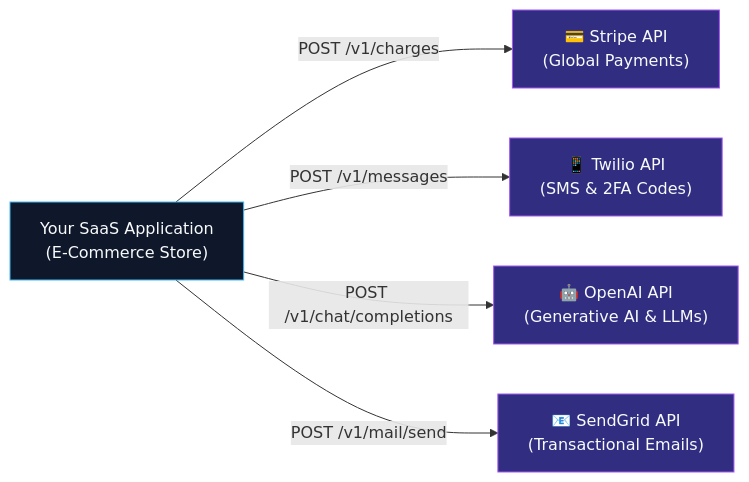
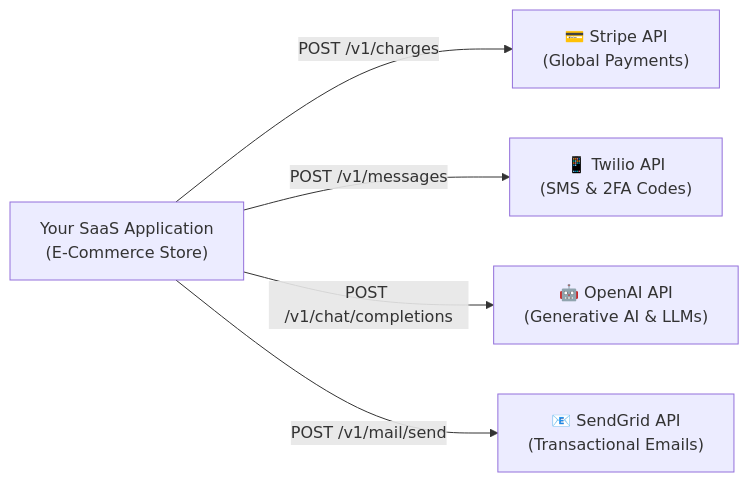
One commit to AkmKawser/System-Design changed the sixth of 50 diagrams in topics/0.FUNDAMENTALS/API Architecture and Design/output/Note_version-1_API_Architecture_and_Design/API_Architecture_and_Design.md. Above: the diagram before and after it, drawn with Mermaid. The commit also changed other lines of this file and 6 other files, not shown here.

Commit message:
fix(diagrams): remove dark fills and rects to ensure full visibility on GitHub light theme

````diff
--- a/topics/0.FUNDAMENTALS/API Architecture and Design/output/Note_version-1_API_Architecture_and_Design/API_Architecture_and_Design.md
+++ b/topics/0.FUNDAMENTALS/API Architecture and Design/output/Note_version-1_API_Architecture_and_Design/API_Architecture_and_Design.md
@@ -306,20 +281,14 @@
 ```mermaid
 flowchart LR
     YourApp["Your SaaS Application\n(E-Commerce Store)"]
 
     Stripe["💳 Stripe API\n(Global Payments)"]
     Twilio["📱 Twilio API\n(SMS & 2FA Codes)"]
     OpenAI["🤖 OpenAI API\n(Generative AI & LLMs)"]
     SendGrid["📧 SendGrid API\n(Transactional Emails)"]
 
     YourApp -->|"POST /v1/charges"| Stripe
     YourApp -->|"POST /v1/messages"| Twilio
     YourApp -->|"POST /v1/chat/completions"| OpenAI
     YourApp -->|"POST /v1/mail/send"| SendGrid
-
-    classDef app fill:#0f172a,stroke:#38bdf8,stroke-width:1px,color:#f8fafc;
-    classDef saas fill:#312e81,stroke:#a855f7,stroke-width:1px,color:#f8fafc;
-
-    class YourApp app;
-    class Stripe,Twilio,OpenAI,SendGrid saas;
 ```
````
